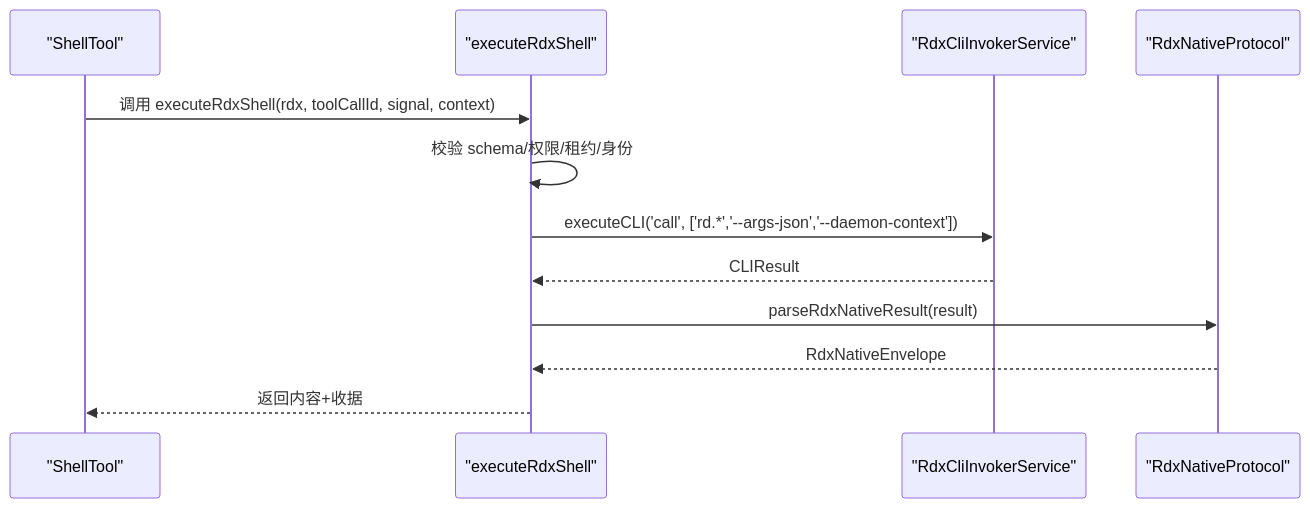
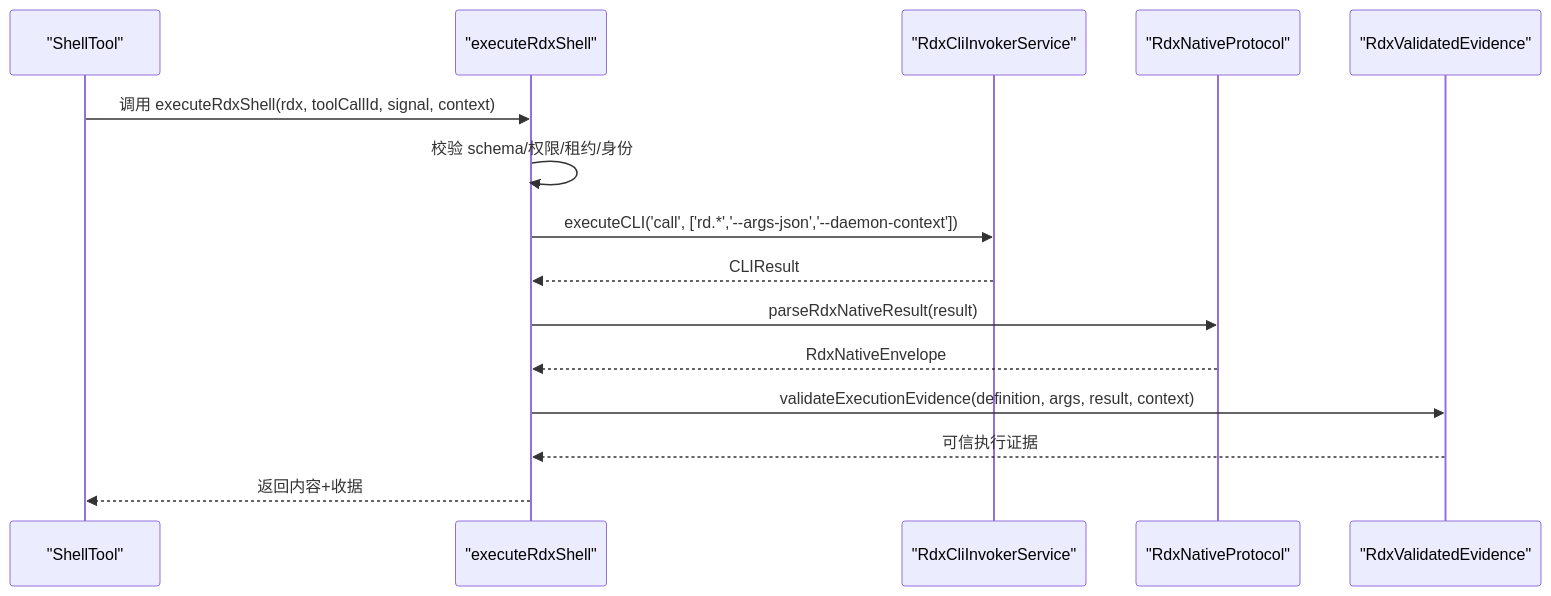
Diagram 14 of 15 in .qoder/repowiki/zh/content/核心模块/工具系统/工具系统.md (haolange/RDC-Agent), drawn with Mermaid before and after one commit. The commit also changed other lines of this file and 221 other files, not shown here.

````diff
--- a/.qoder/repowiki/zh/content/核心模块/工具系统/工具系统.md
+++ b/.qoder/repowiki/zh/content/核心模块/工具系统/工具系统.md
@@ -356,14 +545,17 @@
 ```mermaid
 sequenceDiagram
 participant ST as "ShellTool"
 participant ER as "executeRdxShell"
 participant RI as "RdxCliInvokerService"
 participant RP as "RdxNativeProtocol"
+participant EV as "RdxValidatedEvidence"
 ST->>ER : 调用 executeRdxShell(rdx, toolCallId, signal, context)
 ER->>ER : 校验 schema/权限/租约/身份
 ER->>RI : executeCLI('call', ['rd.*','--args-json','--daemon-context'])
 RI-->>ER : CLIResult
 ER->>RP : parseRdxNativeResult(result)
 RP-->>ER : RdxNativeEnvelope
+ER->>EV : validateExecutionEvidence(definition, args, result, context)
+EV-->>ER : 可信执行证据
 ER-->>ST : 返回内容+收据
 ```
````
